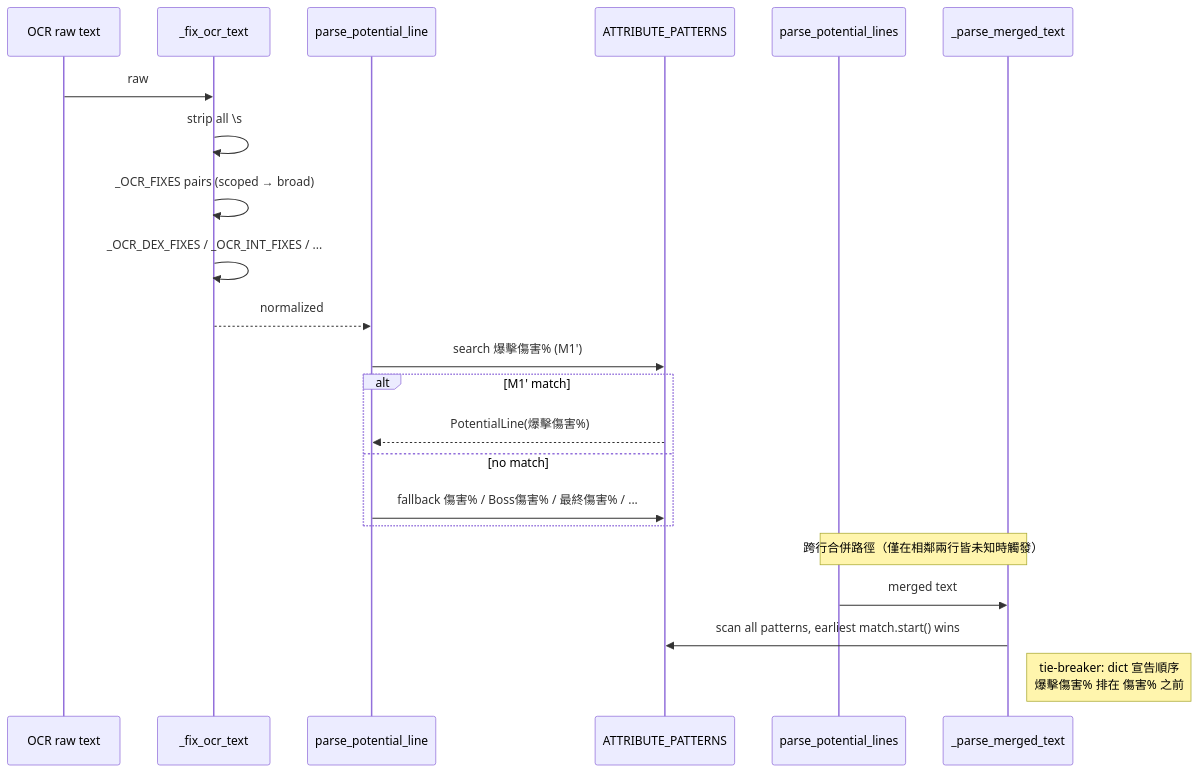
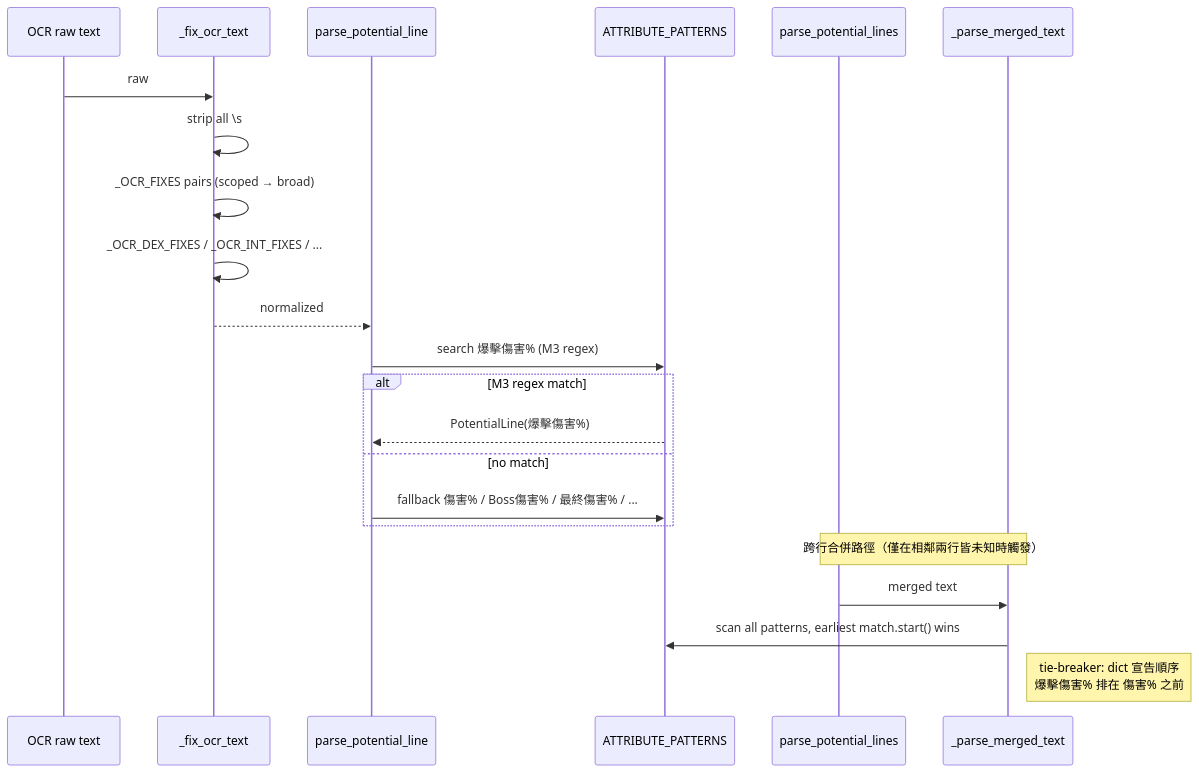
Before and after one commit to HowZen-hc/catstory-cube-automation: the diagram in docs/features/ocr-matching/2-tech-spec.md, drawn with Mermaid. The commit also changed other lines of this file, not shown here.

````diff
--- a/docs/features/ocr-matching/2-tech-spec.md
+++ b/docs/features/ocr-matching/2-tech-spec.md
@@ -70,27 +72,27 @@
 ```mermaid
 sequenceDiagram
     participant In as OCR raw text
     participant Fx as _fix_ocr_text
     participant Pp as parse_potential_line
     participant Pat as ATTRIBUTE_PATTERNS
     participant Pls as parse_potential_lines
     participant Pmt as _parse_merged_text
 
     In->>Fx: raw
     Fx->>Fx: strip all \s
     Fx->>Fx: _OCR_FIXES pairs (scoped → broad)
     Fx->>Fx: _OCR_DEX_FIXES / _OCR_INT_FIXES / ...
     Fx-->>Pp: normalized
 
-    Pp->>Pat: search 爆擊傷害% (M1')
-    alt M1' match
+    Pp->>Pat: search 爆擊傷害% (M3 regex)
+    alt M3 regex match
         Pat-->>Pp: PotentialLine(爆擊傷害%)
     else no match
         Pp->>Pat: fallback 傷害% / Boss傷害% / 最終傷害% / ...
     end
 
     Note over Pls,Pmt: 跨行合併路徑（僅在相鄰兩行皆未知時觸發）
     Pls->>Pmt: merged text
     Pmt->>Pat: scan all patterns, earliest match.start() wins
     Note right of Pmt: tie-breaker: dict 宣告順序<br/>爆擊傷害% 排在 傷害% 之前
 ```
````
